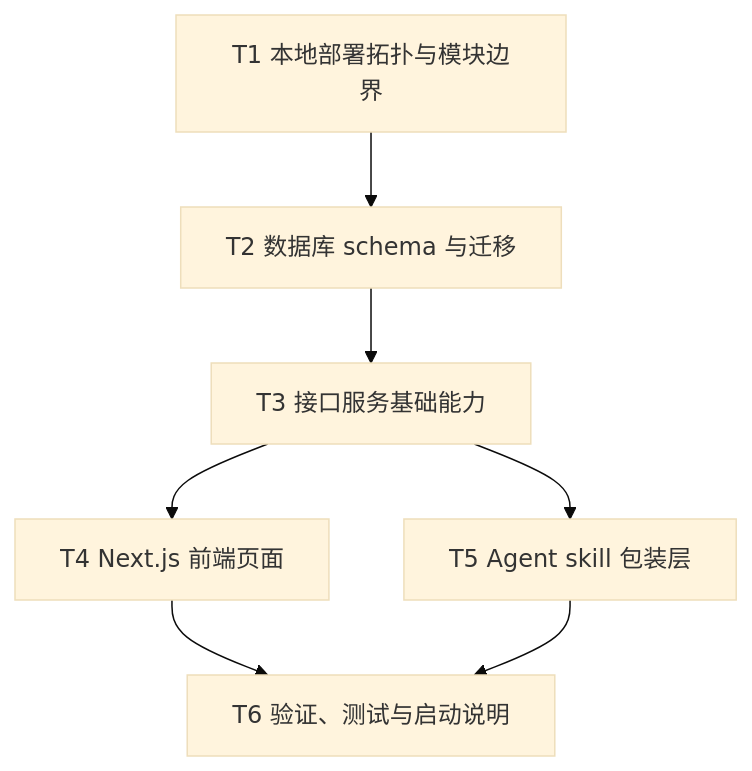
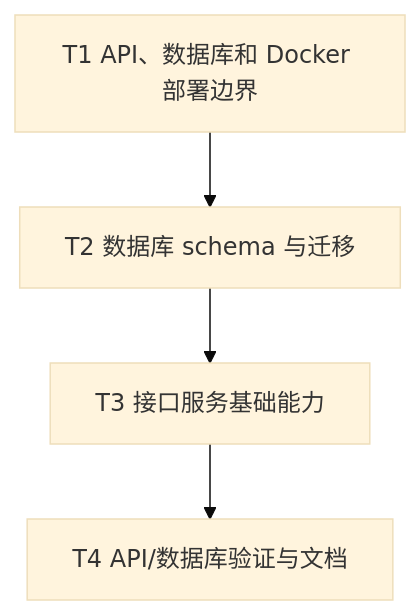
The fifth of 5 diagrams in docs/rfcs/0002-ordering-system-architecture.md (leoli-jpg/north-hackathon-team-5-ordering), drawn with Mermaid (base theme) before and after one commit. The commit also changed other lines of this file and 16 other files, not shown here.

First line of the commit message:
RFC-0002: ordering API and database schema (#12)

````diff
--- a/docs/rfcs/0002-ordering-system-architecture.md
+++ b/docs/rfcs/0002-ordering-system-architecture.md
@@ -521,16 +526,11 @@
 ```mermaid
 graph TD
-    T1["T1 本地部署拓扑与模块边界"]
+    T1["T1 API、数据库和 Docker 部署边界"]
     T2["T2 数据库 schema 与迁移"]
     T3["T3 接口服务基础能力"]
-    T4["T4 Next.js 前端页面"]
-    T5["T5 Agent skill 包装层"]
-    T6["T6 验证、测试与启动说明"]
+    T4["T4 API/数据库验证与文档"]
 
     T1 --> T2
     T2 --> T3
     T3 --> T4
-    T3 --> T5
-    T4 --> T6
-    T5 --> T6
 ```
````
